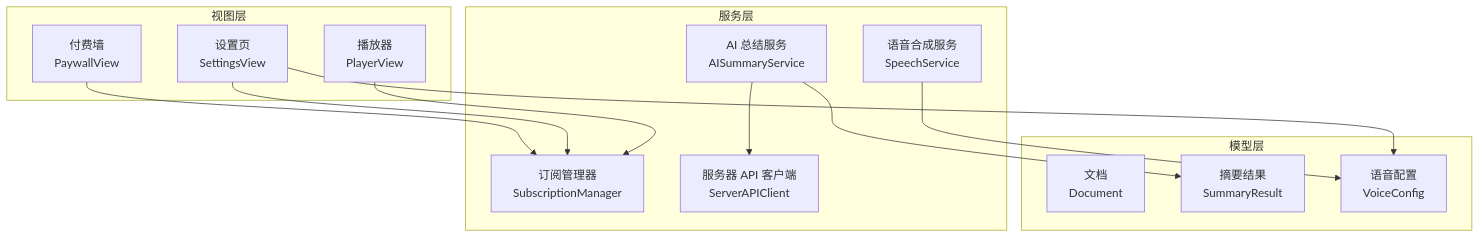
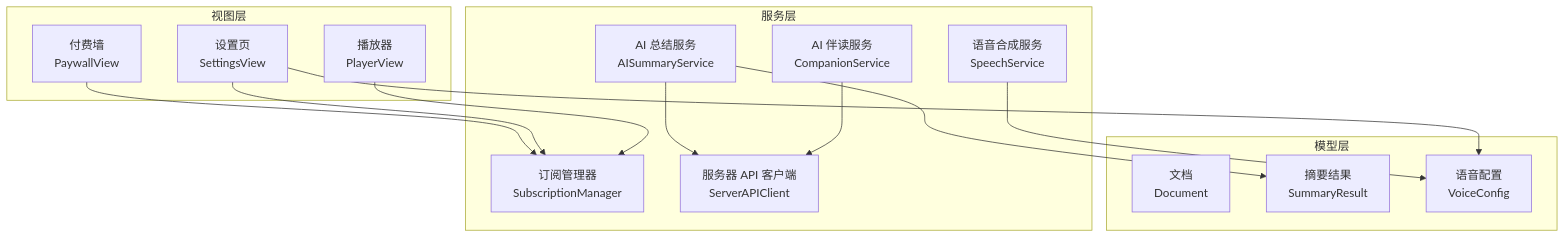
One commit to Primoguo/VoiceReader changed the first of 6 diagrams in .qoder/repowiki/zh/content/核心功能模块/订阅管理系统.md. Above: the diagram before and after it, drawn with Mermaid. The commit also changed other lines of this file and 92 other files, not shown here.

````diff
--- a/.qoder/repowiki/zh/content/核心功能模块/订阅管理系统.md
+++ b/.qoder/repowiki/zh/content/核心功能模块/订阅管理系统.md
@@ -39,26 +50,28 @@
 ```mermaid
 graph TB
 subgraph "视图层"
 Paywall["付费墙<br/>PaywallView"]
 Settings["设置页<br/>SettingsView"]
 Player["播放器<br/>PlayerView"]
 end
 subgraph "服务层"
 SubMgr["订阅管理器<br/>SubscriptionManager"]
 APIClient["服务器 API 客户端<br/>ServerAPIClient"]
 AISum["AI 总结服务<br/>AISummaryService"]
+Companion["AI 伴读服务<br/>CompanionService"]
 Speech["语音合成服务<br/>SpeechService"]
 end
 subgraph "模型层"
 Doc["文档<br/>Document"]
 SumRes["摘要结果<br/>SummaryResult"]
 VoiceCfg["语音配置<br/>VoiceConfig"]
 end
 Paywall --> SubMgr
 Settings --> SubMgr
 Player --> SubMgr
 AISum --> APIClient
+Companion --> APIClient
 Speech --> VoiceCfg
 AISum --> SumRes
 Settings --> VoiceCfg
 ```
````
